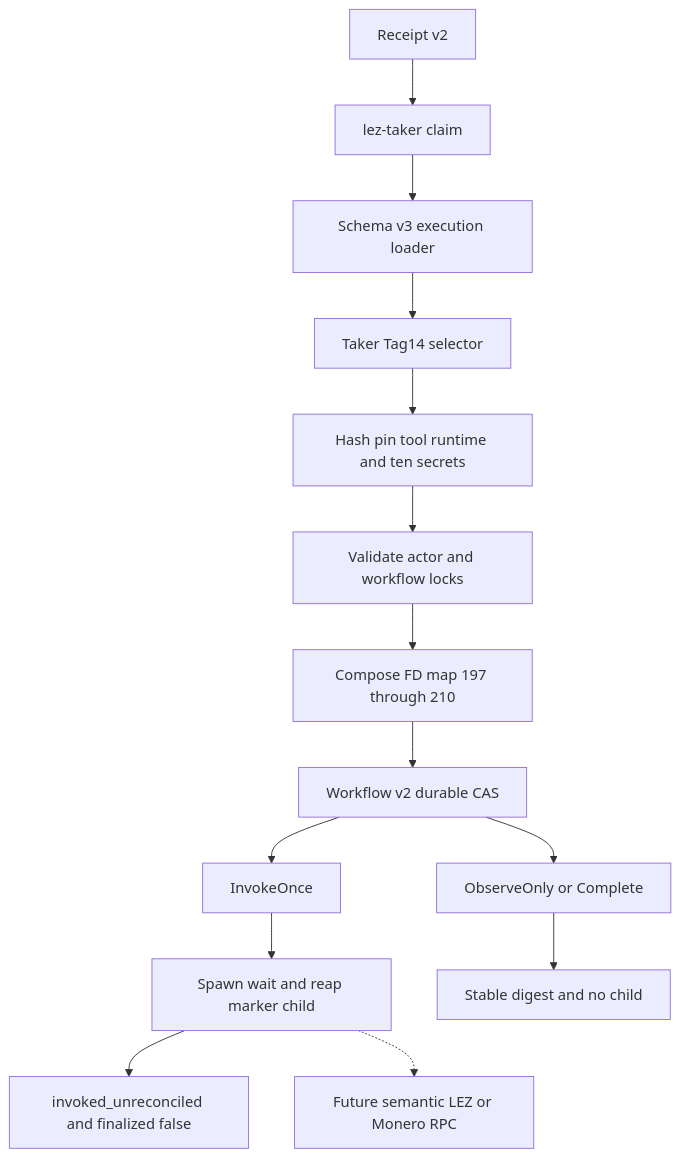
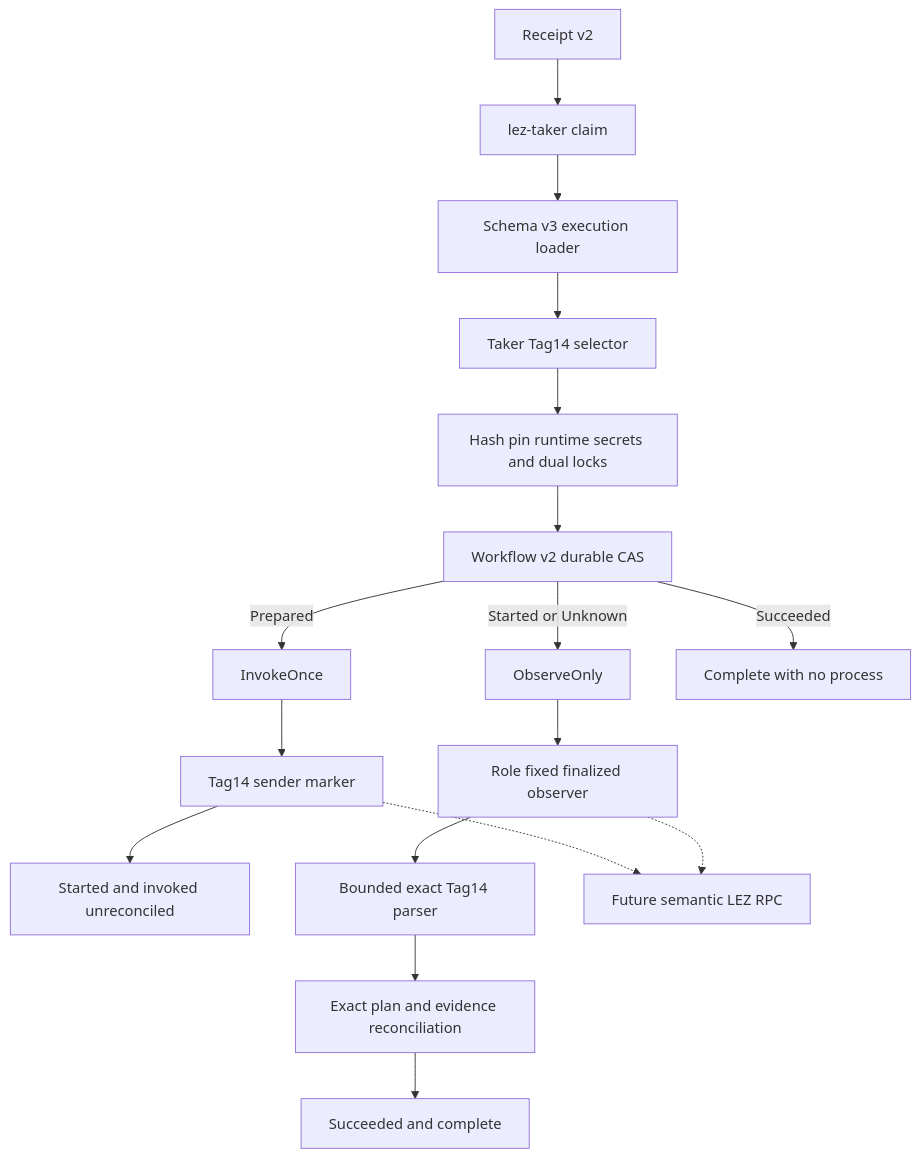
Diagram 23 of 31 in docs/architecture/system-architecture.md (gateway-fm/lez-atomic-swaps), drawn with Mermaid before and after one commit. The commit also changed other lines of this file and 15 other files, not shown here.

````diff
--- a/docs/architecture/system-architecture.md
+++ b/docs/architecture/system-architecture.md
@@ -2316,16 +2316,19 @@
 ```mermaid
 flowchart TB
     Receipt["Receipt v2"] --> Claim["lez-taker claim"]
     Claim --> Loader["Schema v3 execution loader"]
     Loader --> Selector["Taker Tag14 selector"]
-    Selector --> Pin["Hash pin tool runtime and ten secrets"]
-    Pin --> Locks["Validate actor and workflow locks"]
-    Locks --> Map["Compose FD map 197 through 210"]
-    Map --> Authorize["Workflow v2 durable CAS"]
-    Authorize --> Invoke["InvokeOnce"]
-    Authorize --> Observe["ObserveOnly or Complete"]
-    Invoke --> Child["Spawn wait and reap marker child"]
-    Child --> Unreconciled["invoked_unreconciled and finalized false"]
-    Observe --> NoChild["Stable digest and no child"]
-    Child -.-> Rpc["Future semantic LEZ or Monero RPC"]
+    Selector --> Pin["Hash pin runtime secrets and dual locks"]
+    Pin --> Authorize["Workflow v2 durable CAS"]
+    Authorize -->|Prepared| Invoke["InvokeOnce"]
+    Invoke --> Sender["Tag14 sender marker"]
+    Sender --> Started["Started and invoked unreconciled"]
+    Authorize -->|Started or Unknown| Observe["ObserveOnly"]
+    Observe --> Observer["Role fixed finalized observer"]
+    Observer --> Parser["Bounded exact Tag14 parser"]
+    Parser --> Reconcile["Exact plan and evidence reconciliation"]
+    Reconcile --> Succeeded["Succeeded and complete"]
+    Authorize -->|Succeeded| Complete["Complete with no process"]
+    Sender -.-> Rpc["Future semantic LEZ RPC"]
+    Observer -.-> Rpc
 ```
````
